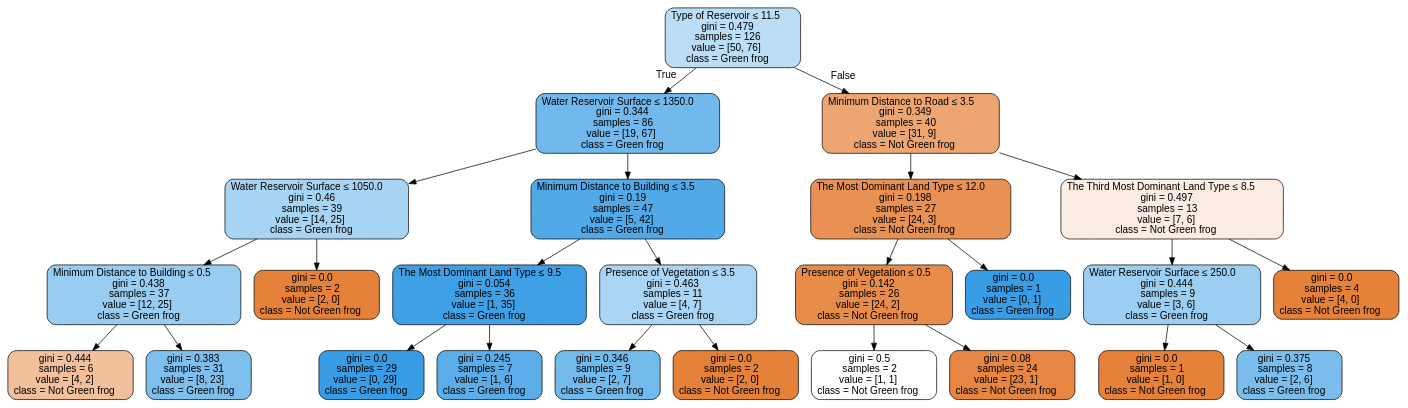
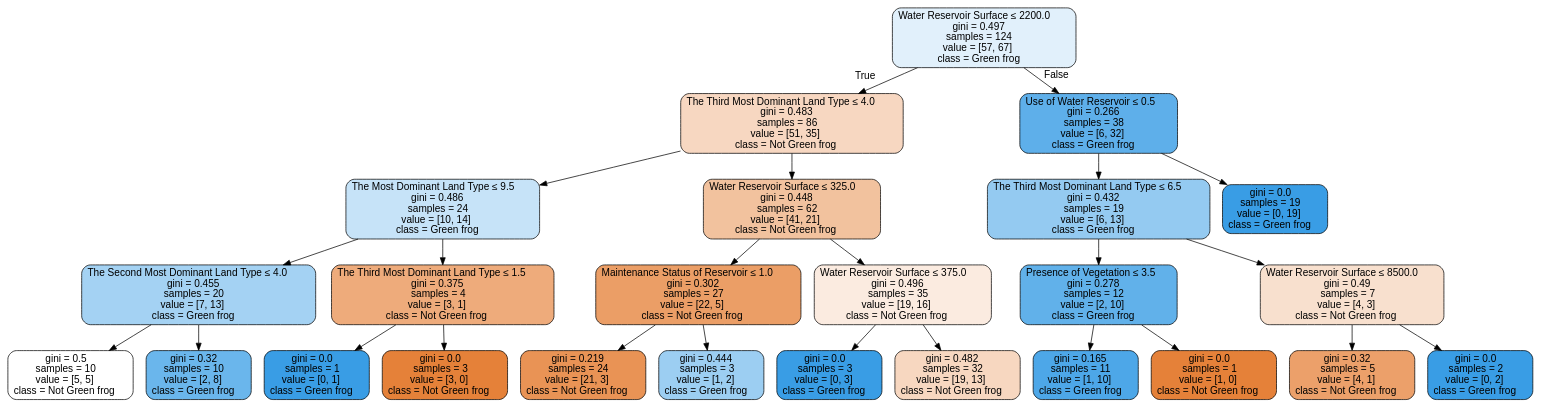
Before and after one commit to Jerry2001/Data_Mining: the diagram in Amphibian/DataVisualization/Graphviz/gf.dot, drawn with Graphviz. The commit also changed 19 other files, not shown here.

```diff
--- a/Amphibian/DataVisualization/Graphviz/gf.dot
+++ b/Amphibian/DataVisualization/Graphviz/gf.dot
@@ -1,53 +1,53 @@
 digraph Tree {
 node [shape=box, style="filled, rounded", color="black", fontname=helvetica] ;
 edge [fontname=helvetica] ;
-0 [label=<Type of Reservoir &le; 11.5<br/>gini = 0.479<br/>samples = 126<br/>value = [50, 76]<br/>class = Green frog>, fillcolor="#bbddf6"] ;
-1 [label=<Water Reservoir Surface &le; 1350.0<br/>gini = 0.344<br/>samples = 86<br/>value = [19, 67]<br/>class = Green frog>, fillcolor="#71b9ec"] ;
+0 [label=<Water Reservoir Surface &le; 2200.0<br/>gini = 0.497<br/>samples = 124<br/>value = [57, 67]<br/>class = Green frog>, fillcolor="#e1f0fb"] ;
+1 [label=<The Third Most Dominant Land Type &le; 4.0<br/>gini = 0.483<br/>samples = 86<br/>value = [51, 35]<br/>class = Not Green frog>, fillcolor="#f7d7c1"] ;
 0 -> 1 [labeldistance=2.5, labelangle=45, headlabel="True"] ;
-2 [label=<Water Reservoir Surface &le; 1050.0<br/>gini = 0.46<br/>samples = 39<br/>value = [14, 25]<br/>class = Green frog>, fillcolor="#a8d4f4"] ;
+2 [label=<The Most Dominant Land Type &le; 9.5<br/>gini = 0.486<br/>samples = 24<br/>value = [10, 14]<br/>class = Green frog>, fillcolor="#c6e3f8"] ;
 1 -> 2 ;
-3 [label=<Minimum Distance to Building &le; 0.5<br/>gini = 0.438<br/>samples = 37<br/>value = [12, 25]<br/>class = Green frog>, fillcolor="#98ccf1"] ;
+3 [label=<The Second Most Dominant Land Type &le; 4.0<br/>gini = 0.455<br/>samples = 20<br/>value = [7, 13]<br/>class = Green frog>, fillcolor="#a4d2f3"] ;
 2 -> 3 ;
-4 [label=<gini = 0.444<br/>samples = 6<br/>value = [4, 2]<br/>class = Not Green frog>, fillcolor="#f2c09c"] ;
+4 [label=<gini = 0.5<br/>samples = 10<br/>value = [5, 5]<br/>class = Not Green frog>, fillcolor="#ffffff"] ;
 3 -> 4 ;
-5 [label=<gini = 0.383<br/>samples = 31<br/>value = [8, 23]<br/>class = Green frog>, fillcolor="#7ebfee"] ;
+5 [label=<gini = 0.32<br/>samples = 10<br/>value = [2, 8]<br/>class = Green frog>, fillcolor="#6ab6ec"] ;
 3 -> 5 ;
-6 [label=<gini = 0.0<br/>samples = 2<br/>value = [2, 0]<br/>class = Not Green frog>, fillcolor="#e58139"] ;
+6 [label=<The Third Most Dominant Land Type &le; 1.5<br/>gini = 0.375<br/>samples = 4<br/>value = [3, 1]<br/>class = Not Green frog>, fillcolor="#eeab7b"] ;
 2 -> 6 ;
-7 [label=<Minimum Distance to Building &le; 3.5<br/>gini = 0.19<br/>samples = 47<br/>value = [5, 42]<br/>class = Green frog>, fillcolor="#51a9e8"] ;
-1 -> 7 ;
-8 [label=<The Most Dominant Land Type &le; 9.5<br/>gini = 0.054<br/>samples = 36<br/>value = [1, 35]<br/>class = Green frog>, fillcolor="#3fa0e6"] ;
-7 -> 8 ;
-9 [label=<gini = 0.0<br/>samples = 29<br/>value = [0, 29]<br/>class = Green frog>, fillcolor="#399de5"] ;
-8 -> 9 ;
-10 [label=<gini = 0.245<br/>samples = 7<br/>value = [1, 6]<br/>class = Green frog>, fillcolor="#5aade9"] ;
-8 -> 10 ;
-11 [label=<Presence of Vegetation &le; 3.5<br/>gini = 0.463<br/>samples = 11<br/>value = [4, 7]<br/>class = Green frog>, fillcolor="#aad5f4"] ;
-7 -> 11 ;
-12 [label=<gini = 0.346<br/>samples = 9<br/>value = [2, 7]<br/>class = Green frog>, fillcolor="#72b9ec"] ;
-11 -> 12 ;
-13 [label=<gini = 0.0<br/>samples = 2<br/>value = [2, 0]<br/>class = Not Green frog>, fillcolor="#e58139"] ;
-11 -> 13 ;
-14 [label=<Minimum Distance to Road &le; 3.5<br/>gini = 0.349<br/>samples = 40<br/>value = [31, 9]<br/>class = Not Green frog>, fillcolor="#eda672"] ;
-0 -> 14 [labeldistance=2.5, labelangle=-45, headlabel="False"] ;
-15 [label=<The Most Dominant Land Type &le; 12.0<br/>gini = 0.198<br/>samples = 27<br/>value = [24, 3]<br/>class = Not Green frog>, fillcolor="#e89152"] ;
-14 -> 15 ;
-16 [label=<Presence of Vegetation &le; 0.5<br/>gini = 0.142<br/>samples = 26<br/>value = [24, 2]<br/>class = Not Green frog>, fillcolor="#e78c49"] ;
-15 -> 16 ;
-17 [label=<gini = 0.5<br/>samples = 2<br/>value = [1, 1]<br/>class = Not Green frog>, fillcolor="#ffffff"] ;
+7 [label=<gini = 0.0<br/>samples = 1<br/>value = [0, 1]<br/>class = Green frog>, fillcolor="#399de5"] ;
+6 -> 7 ;
+8 [label=<gini = 0.0<br/>samples = 3<br/>value = [3, 0]<br/>class = Not Green frog>, fillcolor="#e58139"] ;
+6 -> 8 ;
+9 [label=<Water Reservoir Surface &le; 325.0<br/>gini = 0.448<br/>samples = 62<br/>value = [41, 21]<br/>class = Not Green frog>, fillcolor="#f2c29e"] ;
+1 -> 9 ;
+10 [label=<Maintenance Status of Reservoir &le; 1.0<br/>gini = 0.302<br/>samples = 27<br/>value = [22, 5]<br/>class = Not Green frog>, fillcolor="#eb9e66"] ;
+9 -> 10 ;
+11 [label=<gini = 0.219<br/>samples = 24<br/>value = [21, 3]<br/>class = Not Green frog>, fillcolor="#e99355"] ;
+10 -> 11 ;
+12 [label=<gini = 0.444<br/>samples = 3<br/>value = [1, 2]<br/>class = Green frog>, fillcolor="#9ccef2"] ;
+10 -> 12 ;
+13 [label=<Water Reservoir Surface &le; 375.0<br/>gini = 0.496<br/>samples = 35<br/>value = [19, 16]<br/>class = Not Green frog>, fillcolor="#fbebe0"] ;
+9 -> 13 ;
+14 [label=<gini = 0.0<br/>samples = 3<br/>value = [0, 3]<br/>class = Green frog>, fillcolor="#399de5"] ;
+13 -> 14 ;
+15 [label=<gini = 0.482<br/>samples = 32<br/>value = [19, 13]<br/>class = Not Green frog>, fillcolor="#f7d7c0"] ;
+13 -> 15 ;
+16 [label=<Use of Water Reservoir &le; 0.5<br/>gini = 0.266<br/>samples = 38<br/>value = [6, 32]<br/>class = Green frog>, fillcolor="#5eafea"] ;
+0 -> 16 [labeldistance=2.5, labelangle=-45, headlabel="False"] ;
+17 [label=<The Third Most Dominant Land Type &le; 6.5<br/>gini = 0.432<br/>samples = 19<br/>value = [6, 13]<br/>class = Green frog>, fillcolor="#94caf1"] ;
 16 -> 17 ;
-18 [label=<gini = 0.08<br/>samples = 24<br/>value = [23, 1]<br/>class = Not Green frog>, fillcolor="#e68642"] ;
-16 -> 18 ;
-19 [label=<gini = 0.0<br/>samples = 1<br/>value = [0, 1]<br/>class = Green frog>, fillcolor="#399de5"] ;
-15 -> 19 ;
-20 [label=<The Third Most Dominant Land Type &le; 8.5<br/>gini = 0.497<br/>samples = 13<br/>value = [7, 6]<br/>class = Not Green frog>, fillcolor="#fbede3"] ;
-14 -> 20 ;
-21 [label=<Water Reservoir Surface &le; 250.0<br/>gini = 0.444<br/>samples = 9<br/>value = [3, 6]<br/>class = Green frog>, fillcolor="#9ccef2"] ;
-20 -> 21 ;
-22 [label=<gini = 0.0<br/>samples = 1<br/>value = [1, 0]<br/>class = Not Green frog>, fillcolor="#e58139"] ;
+18 [label=<Presence of Vegetation &le; 3.5<br/>gini = 0.278<br/>samples = 12<br/>value = [2, 10]<br/>class = Green frog>, fillcolor="#61b1ea"] ;
+17 -> 18 ;
+19 [label=<gini = 0.165<br/>samples = 11<br/>value = [1, 10]<br/>class = Green frog>, fillcolor="#4da7e8"] ;
+18 -> 19 ;
+20 [label=<gini = 0.0<br/>samples = 1<br/>value = [1, 0]<br/>class = Not Green frog>, fillcolor="#e58139"] ;
+18 -> 20 ;
+21 [label=<Water Reservoir Surface &le; 8500.0<br/>gini = 0.49<br/>samples = 7<br/>value = [4, 3]<br/>class = Not Green frog>, fillcolor="#f8e0ce"] ;
+17 -> 21 ;
+22 [label=<gini = 0.32<br/>samples = 5<br/>value = [4, 1]<br/>class = Not Green frog>, fillcolor="#eca06a"] ;
 21 -> 22 ;
-23 [label=<gini = 0.375<br/>samples = 8<br/>value = [2, 6]<br/>class = Green frog>, fillcolor="#7bbeee"] ;
+23 [label=<gini = 0.0<br/>samples = 2<br/>value = [0, 2]<br/>class = Green frog>, fillcolor="#399de5"] ;
 21 -> 23 ;
-24 [label=<gini = 0.0<br/>samples = 4<br/>value = [4, 0]<br/>class = Not Green frog>, fillcolor="#e58139"] ;
-20 -> 24 ;
+24 [label=<gini = 0.0<br/>samples = 19<br/>value = [0, 19]<br/>class = Green frog>, fillcolor="#399de5"] ;
+16 -> 24 ;
 }
```
